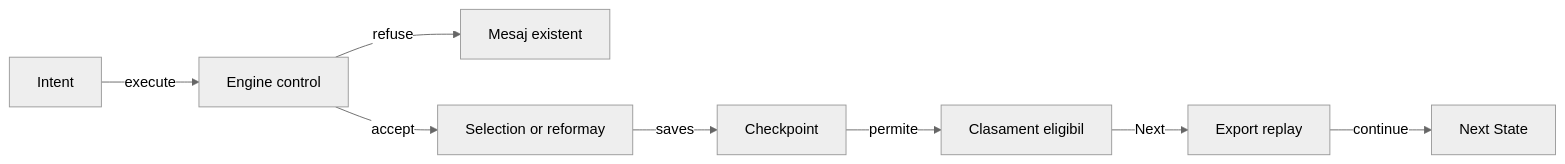
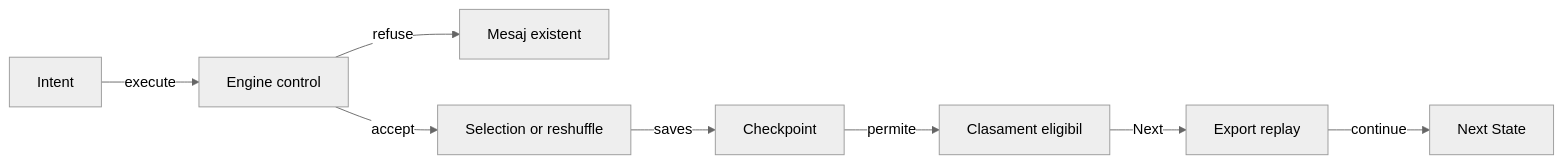
Before and after one commit to crististefanita/atf_j4: the third of 4 diagrams in whist-lab-app/app/src/main/java/ro/whistlab/app/README.md, drawn with Mermaid (neutral theme). The commit also changed other lines of this file and 84 other files, not shown here.

````diff
--- a/whist-lab-app/app/src/main/java/ro/whistlab/app/README.md
+++ b/whist-lab-app/app/src/main/java/ro/whistlab/app/README.md
@@ -179,10 +179,10 @@
 ```mermaid
 flowchart LR
     INTENT[Intent] -->|execute| COMMAND[Engine control]
     COMMAND -->|refuse| REJECT[Mesaj existent]
-    COMMAND -->|accept| LOCAL[Selection or reformay]
+    COMMAND -->|accept| LOCAL[Selection or reshuffle]
     LOCAL -->|saves| CHECKPOINT[Checkpoint]
     CHECKPOINT -->|permite| RANK[Clasament eligibil]
     RANK -->|Next| EXPORT[Export replay]
     EXPORT -->|continue| NEXT[Next State]
 ```
````
